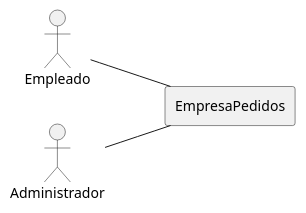
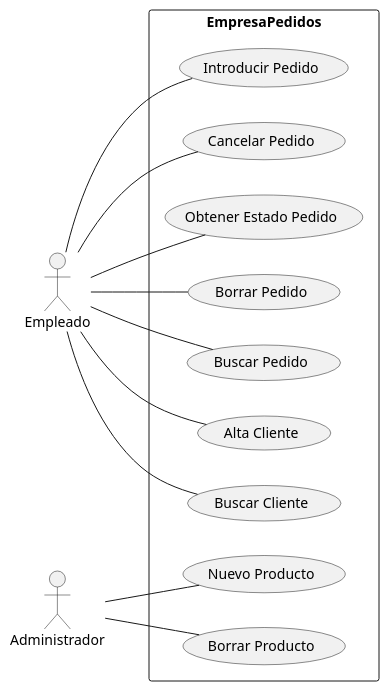
Before and after one commit to sergikarx/casos-de-uso-con-PlantUml-II-Sergio-Aroca: the diagram in src/casos_de_uso_con_PlantUml_IISAM.puml, drawn with PlantUML. The commit also changed 1 other file, not shown here.

Commit message:
Diagrama Inicial: (primer ejemplo)

```diff
--- a/src/casos_de_uso_con_PlantUml_IISAM.puml
+++ b/src/casos_de_uso_con_PlantUml_IISAM.puml
@@ -1,11 +1,27 @@
 @startuml
 left to right direction
 :Empleado: as Emple
 :Administrador: as Admin
 
 rectangle EmpresaPedidos {
+(Introducir Pedido) as Introducir
+(Cancelar Pedido) as Cancelar
+(Obtener Estado Pedido) as Obtener
+(Borrar Pedido) as Borrar
+(Buscar Pedido) as BuscarP
+(Alta Cliente) as Alta
+(Buscar Cliente) as BuscarC
+(Nuevo Producto) as NuevoP
+(Borrar Producto) as BorrarP
+}
+Emple -- Introducir
+Emple -- Cancelar
+Emple -- Obtener
+Emple -- Borrar
+Emple -- BuscarP
+Emple -- Alta
+Emple -- BuscarC
+Admin -- NuevoP
+Admin -- BorrarP
 
-}
-Emple -- EmpresaPedidos
-Admin -- EmpresaPedidos
 @enduml
```
